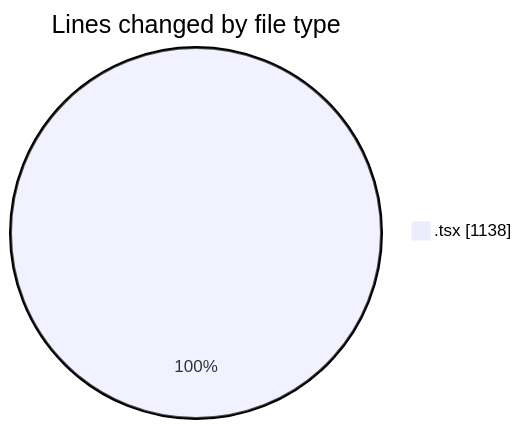
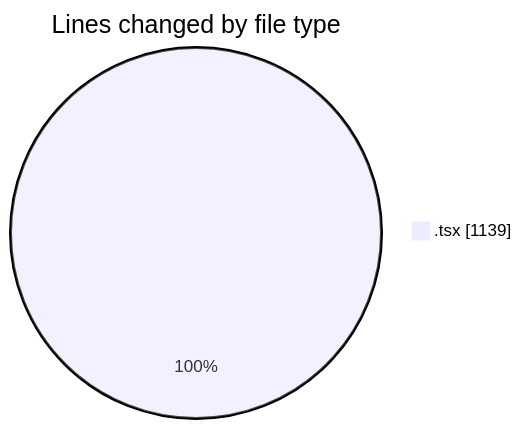
One commit to nxtqubesakshisongat/code-tracking changed the first of 2 diagrams in 2026-06-12/nxtqube_webapp/README.md. Above: the diagram before and after it, drawn with Mermaid. The commit also changed other lines of this file and 1 other file, not shown here.

````diff
--- a/2026-06-12/nxtqube_webapp/README.md
+++ b/2026-06-12/nxtqube_webapp/README.md
@@ -22,5 +22,5 @@
 ```mermaid
 pie showData
 title Lines changed by file type
-".tsx" : 1138
+".tsx" : 1139
 ```
````
